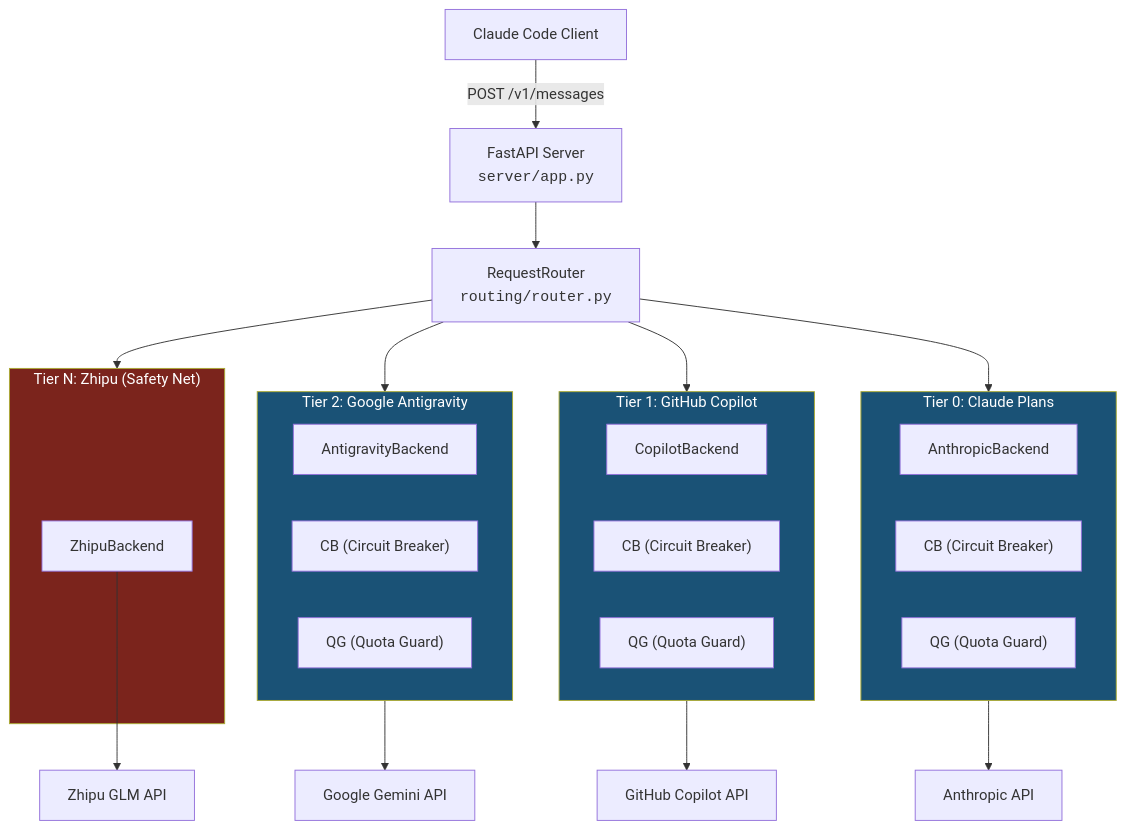
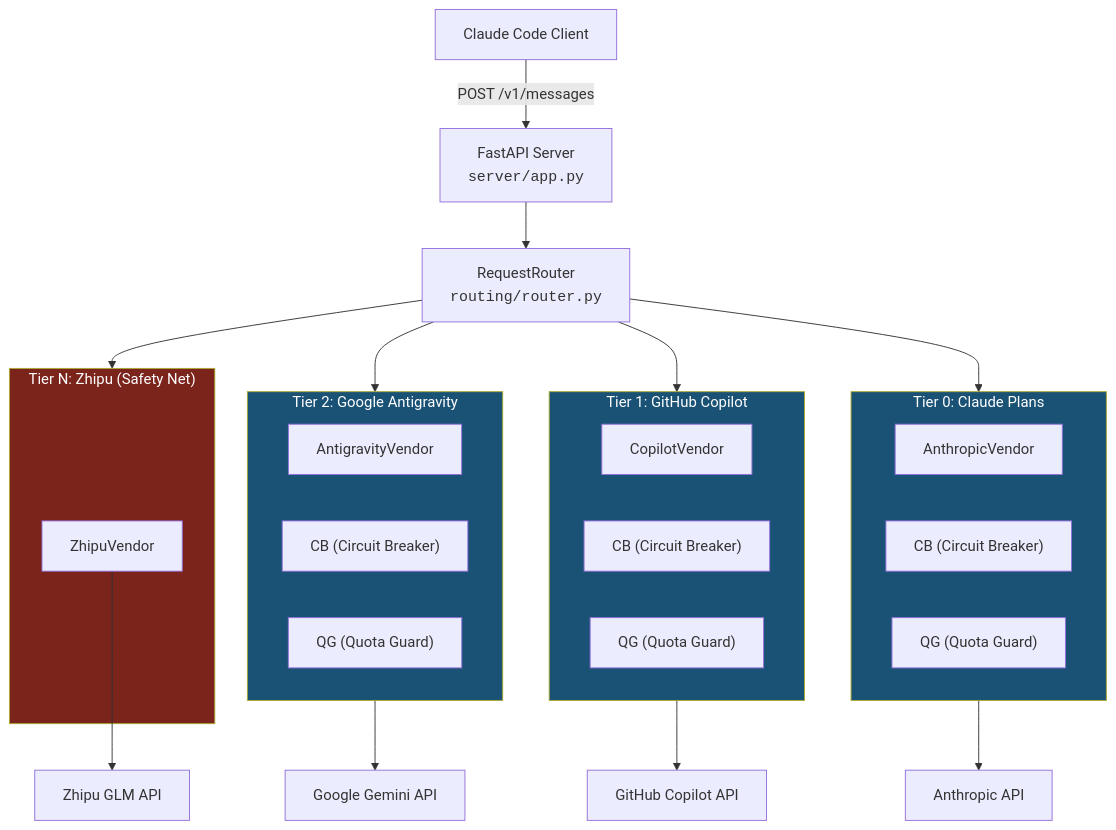
One commit to ThreeFish-AI/coding-proxy changed the diagram in README.md. Above: the diagram before and after it, drawn with Mermaid. The commit also changed other lines of this file and 53 other files, not shown here.

````diff
--- a/README.md
+++ b/README.md
@@ -93,49 +93,49 @@
 ```mermaid
 graph TD
     Client["Claude Code Client"]
     Server["FastAPI Server<br/><code>server/app.py</code>"]
     Router["RequestRouter<br/><code>routing/router.py</code>"]
 
     Client -->|"POST /v1/messages"| Server
     Server --> Router
 
     Router --> T0
     Router --> T1
     Router --> T2
     Router --> TN
 
     subgraph T0["Tier 0: Claude Plans"]
         direction LR
-        A_BE["AnthropicBackend"]
+        A_VE["AnthropicVendor"]
         A_CB["CB (Circuit Breaker)"]
         A_QG["QG (Quota Guard)"]
     end
 
     subgraph T1["Tier 1: GitHub Copilot"]
         direction LR
-        C_BE["CopilotBackend"]
+        C_VE["CopilotVendor"]
         C_CB["CB (Circuit Breaker)"]
         C_QG["QG (Quota Guard)"]
     end
 
     subgraph T2["Tier 2: Google Antigravity"]
         direction LR
-        G_BE["AntigravityBackend"]
+        G_VE["AntigravityVendor"]
         G_CB["CB (Circuit Breaker)"]
         G_QG["QG (Quota Guard)"]
     end
 
     subgraph TN["Tier N: Zhipu (Safety Net)"]
-        Z_BE["ZhipuBackend"]
+        Z_VE["ZhipuVendor"]
     end
 
-    A_BE --> API_A["Anthropic API"]
-    C_BE --> API_C["GitHub Copilot API"]
-    G_BE --> API_G["Google Gemini API"]
-    Z_BE --> API_Z["Zhipu GLM API"]
+    A_VE --> API_A["Anthropic API"]
+    C_VE --> API_C["GitHub Copilot API"]
+    G_VE --> API_G["Google Gemini API"]
+    Z_VE --> API_Z["Zhipu GLM API"]
 
     style T0 fill:#1a5276,color:#fff
     style T1 fill:#1a5276,color:#fff
     style T2 fill:#1a5276,color:#fff
     style TN fill:#7b241c,color:#fff
 ```
````
